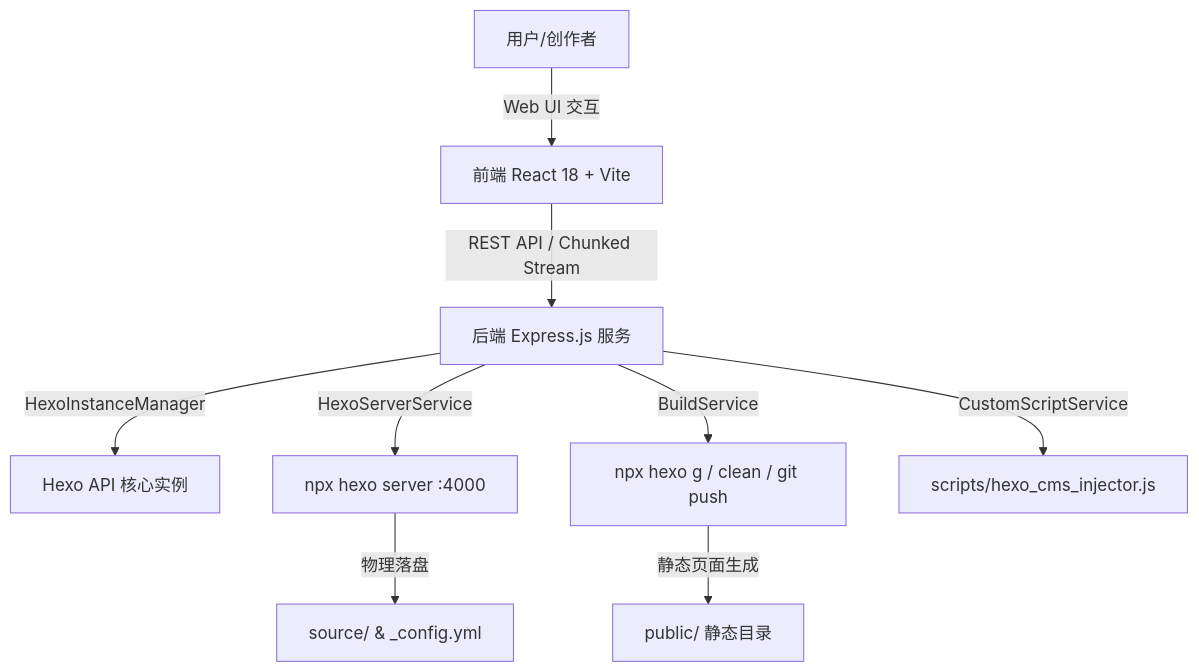
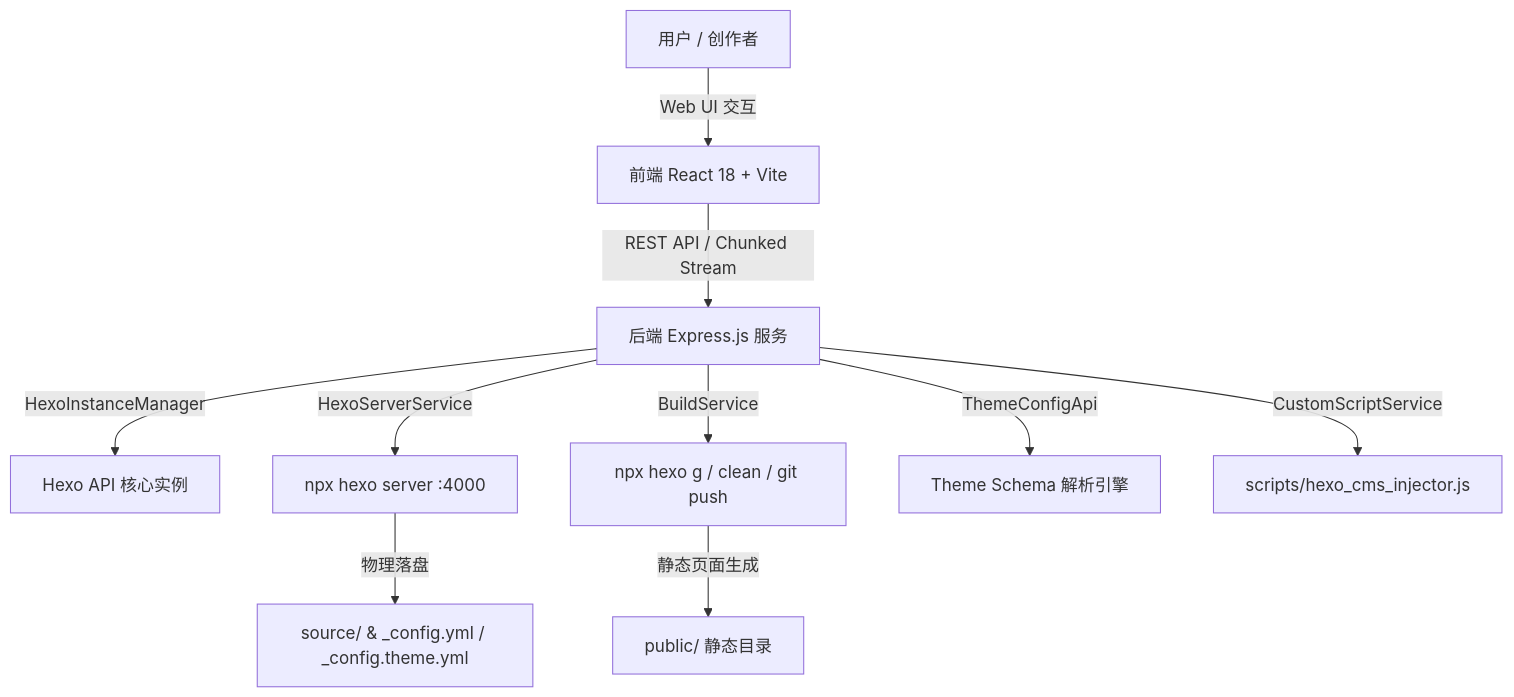
The diagram in README.md (base404/hexo-cms), drawn with Mermaid before and after one commit. The commit also changed other lines of this file and 1 other file, not shown here.

Commit message:
docs: upgrade README.md with latest Theme Schema, Drag-and-Drop Title Extraction features & screenshot.png

````diff
--- a/README.md
+++ b/README.md
@@ -147,13 +152,14 @@
 ```mermaid
 graph TD
-  User[用户/创作者] -->|Web UI 交互| Client[前端 React 18 + Vite]
+  User[用户 / 创作者] -->|Web UI 交互| Client[前端 React 18 + Vite]
   Client -->|REST API / Chunked Stream| Express[后端 Express.js 服务]
   
   Express -->|HexoInstanceManager| HexoCore[Hexo API 核心实例]
   Express -->|HexoServerService| ServerProcess[npx hexo server :4000]
   Express -->|BuildService| CLI[npx hexo g / clean / git push]
+  Express -->|ThemeConfigApi| SchemaEngine[Theme Schema 解析引擎]
   Express -->|CustomScriptService| Injector[scripts/hexo_cms_injector.js]
 
-  ServerProcess -->|物理落盘| Disk[source/ & _config.yml]
+  ServerProcess -->|物理落盘| Disk[source/ & _config.yml / _config.theme.yml]
   CLI -->|静态页面生成| Public[public/ 静态目录]
 ```
````
